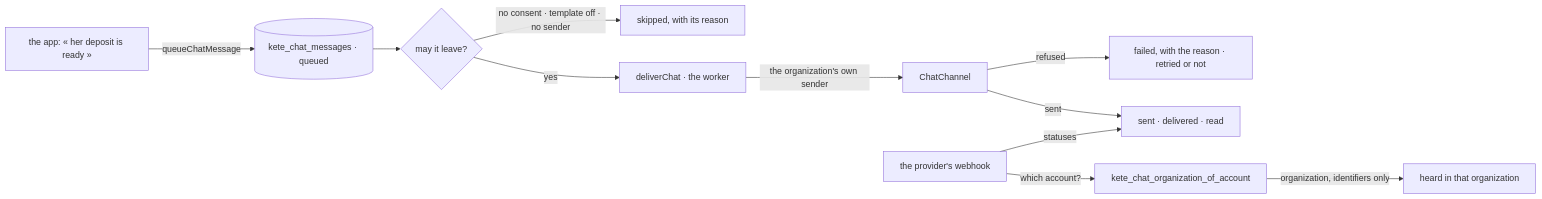
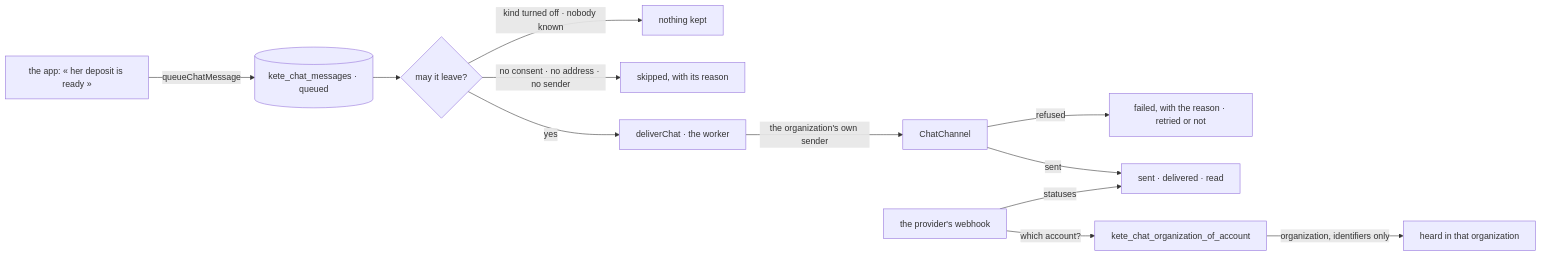
The diagram in specs/088-chat-outbox/spec.md (kete-africa/kete-core), drawn with Mermaid before and after one commit. The commit also changed other lines of this file and 12 other files, not shown here.

First line of the commit message:
feat(notify): the outbox to people — consent, the organization's words, a sender per organization (spec 088)

````diff
--- a/specs/088-chat-outbox/spec.md
+++ b/specs/088-chat-outbox/spec.md
@@ -20,13 +20,14 @@
 ```mermaid
 flowchart LR
   A[the app: « her deposit is ready »] -->|queueChatMessage| Q[(kete_chat_messages · queued)]
   Q --> R{may it leave?}
-  R -->|no consent · template off · no sender| S[skipped, with its reason]
+  R -->|kind turned off · nobody known| N[nothing kept]
+  R -->|no consent · no address · no sender| S[skipped, with its reason]
   R -->|yes| D[deliverChat · the worker]
   D -->|the organization's own sender| C[ChatChannel]
   C -->|refused| F[failed, with the reason · retried or not]
   C -->|sent| M[sent · delivered · read]
   W[the provider's webhook] -->|which account?| O[kete_chat_organization_of_account]
   O -->|organization, identifiers only| I[heard in that organization]
   W -->|statuses| M
 ```
````
